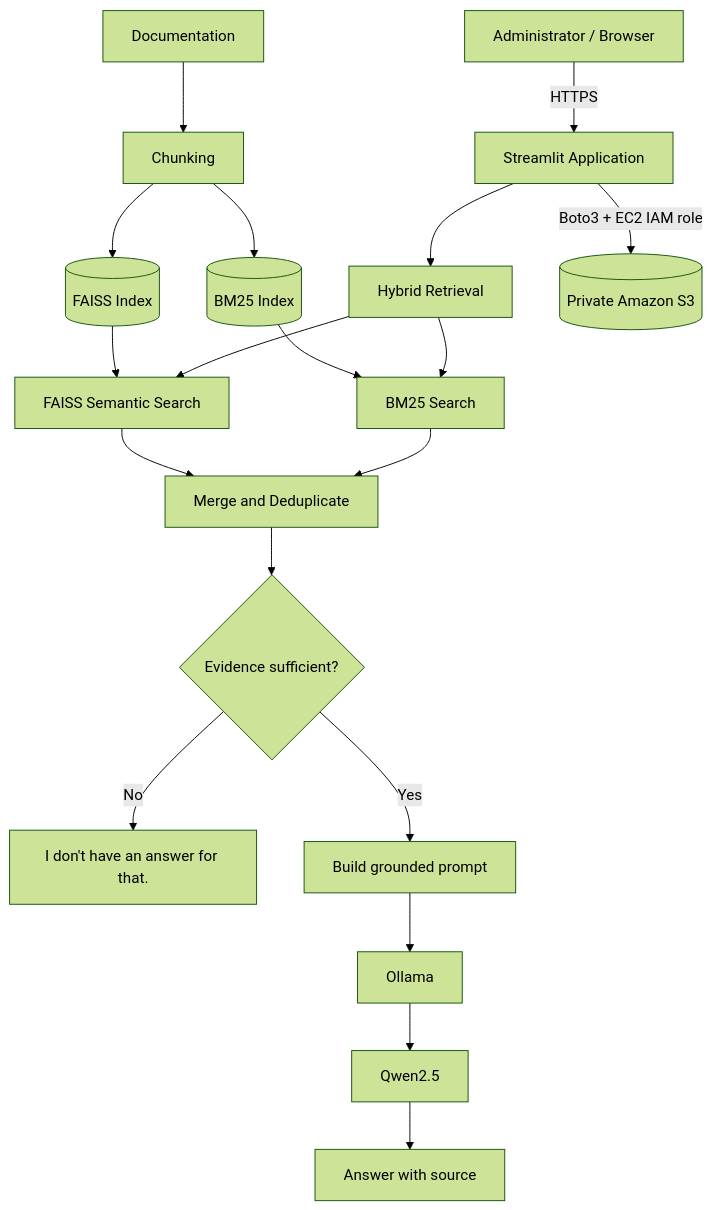
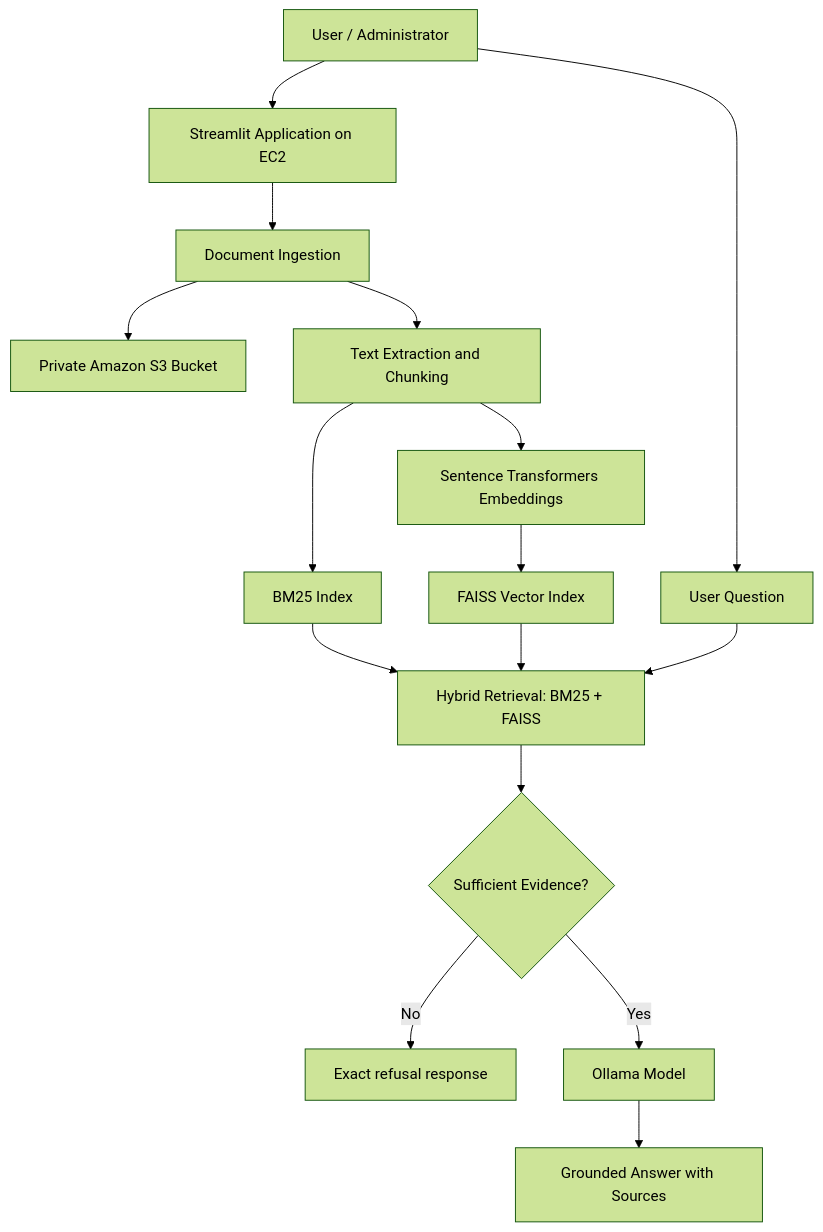
Before and after one commit to sharran-nk/hcltech-hackathon: the diagram in README.md, drawn with Mermaid (forest theme). The commit also changed other lines of this file and 1 other file, not shown here.

First line of the commit message:
Add technical design document and update README

````diff
--- a/README.md
+++ b/README.md
@@ -34,24 +21,18 @@
 ```mermaid
 flowchart TD
-    U[Administrator / Browser] -->|HTTPS| S[Streamlit]
-    S[Streamlit Application]
-    S --> R[Hybrid Retrieval]
-    R --> B[BM25 Search]
-    R --> F[FAISS Semantic Search]
-    B --> M[Merge and Deduplicate]
-    F --> M
-    M --> E{Evidence sufficient?}
-    E -->|No| X["I don't have an answer for that."]
-    E -->|Yes| P[Build grounded prompt]
-    P --> O[Ollama]
-    O --> Q[Qwen2.5]
-    Q --> A[Answer with source]
-
-    D[Documentation] --> C[Chunking]
-    C --> V[(FAISS Index)]
-    C --> I[(BM25 Index)]
-    V --> F
-    I --> B
-
-    S -->|Boto3 + EC2 IAM role| S3[(Private Amazon S3)]
+    U[User / Administrator] --> UI[Streamlit Application on EC2]
+    UI --> ING[Document Ingestion]
+    ING --> S3[Private Amazon S3 Bucket]
+    ING --> EXT[Text Extraction and Chunking]
+    EXT --> BM[BM25 Index]
+    EXT --> EMB[Sentence Transformers Embeddings]
+    EMB --> FAISS[FAISS Vector Index]
+    U --> Q[User Question]
+    Q --> RET[Hybrid Retrieval: BM25 + FAISS]
+    BM --> RET
+    FAISS --> RET
+    RET --> G{Sufficient Evidence?}
+    G -- No --> REF[Exact refusal response]
+    G -- Yes --> O[Ollama Model]
+    O --> ANS[Grounded Answer with Sources]
 ```
````
